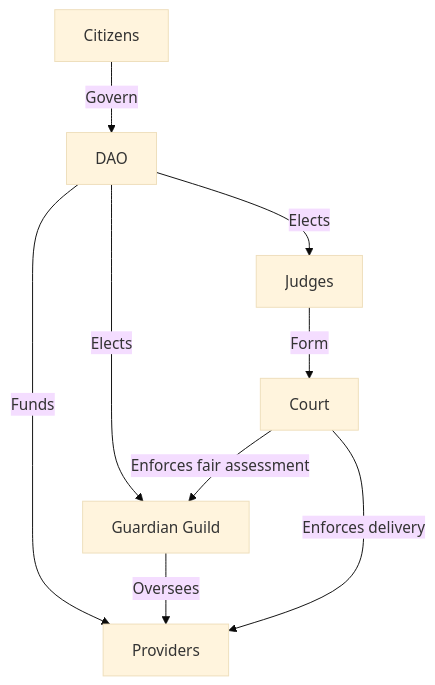
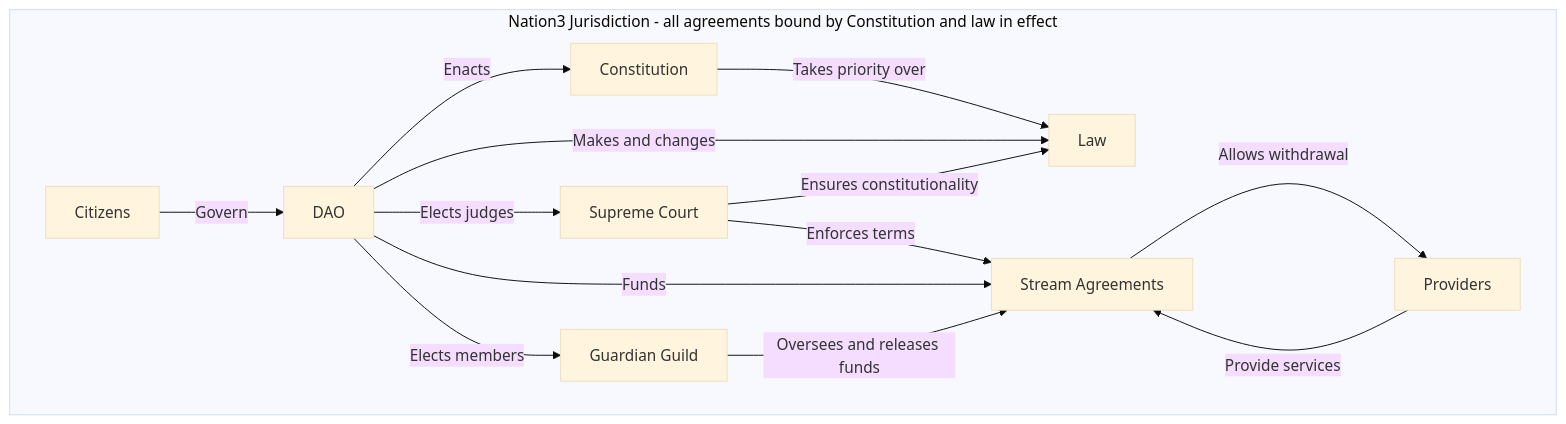
One commit to nation3/law changed the second of 3 diagrams in README.md. Above: the diagram before and after it, drawn with Mermaid (base theme). The commit also changed other lines of this file and 3 other files, not shown here.

````diff
--- a/README.md
+++ b/README.md
@@ -46,11 +24,20 @@
 ```mermaid
 graph TD
+  subgraph Jurisdiction[Nation3 Jurisdiction - all agreements bound by Constitution and law in effect]
     Citizens -->|Govern| DAO
-    DAO -->|Elects| Judges
-    Judges -->|Form| Court
-    DAO -->|Elects| Guardian[Guardian Guild]
-    DAO -->|Funds| Providers
-    Guardian -->|Oversees| Providers
-    Court -->|Enforces fair assessment| Guardian
-    Court -->|Enforces delivery| Providers
+    DAO -->|Enacts| Constitution
+    DAO -->|Makes and changes| Law
+    DAO -->|Elects judges| Court[Supreme Court]
+    
+    Constitution -->|Takes priority over| Law
+    Court[Supreme Court] -->|Ensures constitutionality| Law
+
+    DAO -->|Funds| Agreements[Stream Agreements]
+    DAO -->|Elects members| Guardian[Guardian Guild]
+    
+    Court -->|Enforces terms| Agreements
+    Providers -->|Provide services| Agreements
+    Agreements -->|Allows withdrawal| Providers
+    Guardian -->|Oversees and releases funds| Agreements
+  end
 ```
````
